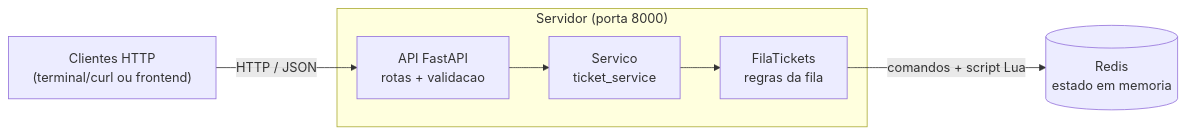
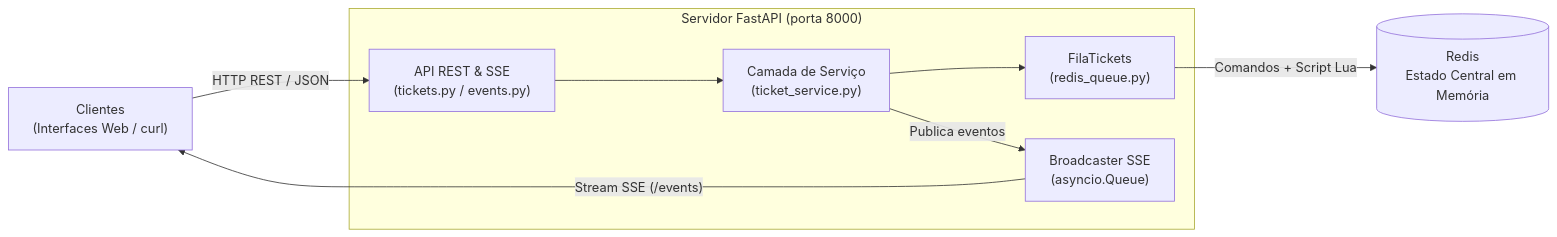
Before and after one commit to Pedrocavalcantip/support-ticket-hub: the diagram in README.md, drawn with Mermaid. The commit also changed other lines of this file, not shown here.

````diff
--- a/README.md
+++ b/README.md
@@ -64,17 +40,20 @@
 ```mermaid
 flowchart LR
-    CLIENTES["Clientes HTTP<br/>(terminal/curl ou frontend)"]
+    CLIENTES["Clientes<br/>(Interfaces Web / curl)"]
 
-    subgraph servidor["Servidor (porta 8000)"]
-        API["API FastAPI<br/>rotas + validacao"]
-        SVC["Servico<br/>ticket_service"]
-        FILA["FilaTickets<br/>regras da fila"]
+    subgraph servidor["Servidor FastAPI (porta 8000)"]
+        API["API REST & SSE<br/>(tickets.py / events.py)"]
+        SVC["Camada de Serviço<br/>(ticket_service.py)"]
+        FILA["FilaTickets<br/>(redis_queue.py)"]
+        BROAD["Broadcaster SSE<br/>(asyncio.Queue)"]
     end
 
-    RD[("Redis<br/>estado em memoria")]
+    RD[("Redis<br/>Estado Central em Memória")]
 
-    CLIENTES -- "HTTP / JSON" --> API
+    CLIENTES -- "HTTP REST / JSON" --> API
     API --> SVC
     SVC --> FILA
-    FILA -- "comandos + script Lua" --> RD
+    FILA -- "Comandos + Script Lua" --> RD
+    SVC -- "Publica eventos" --> BROAD
+    BROAD -- "Stream SSE (/events)" --> CLIENTES
 ```
````
